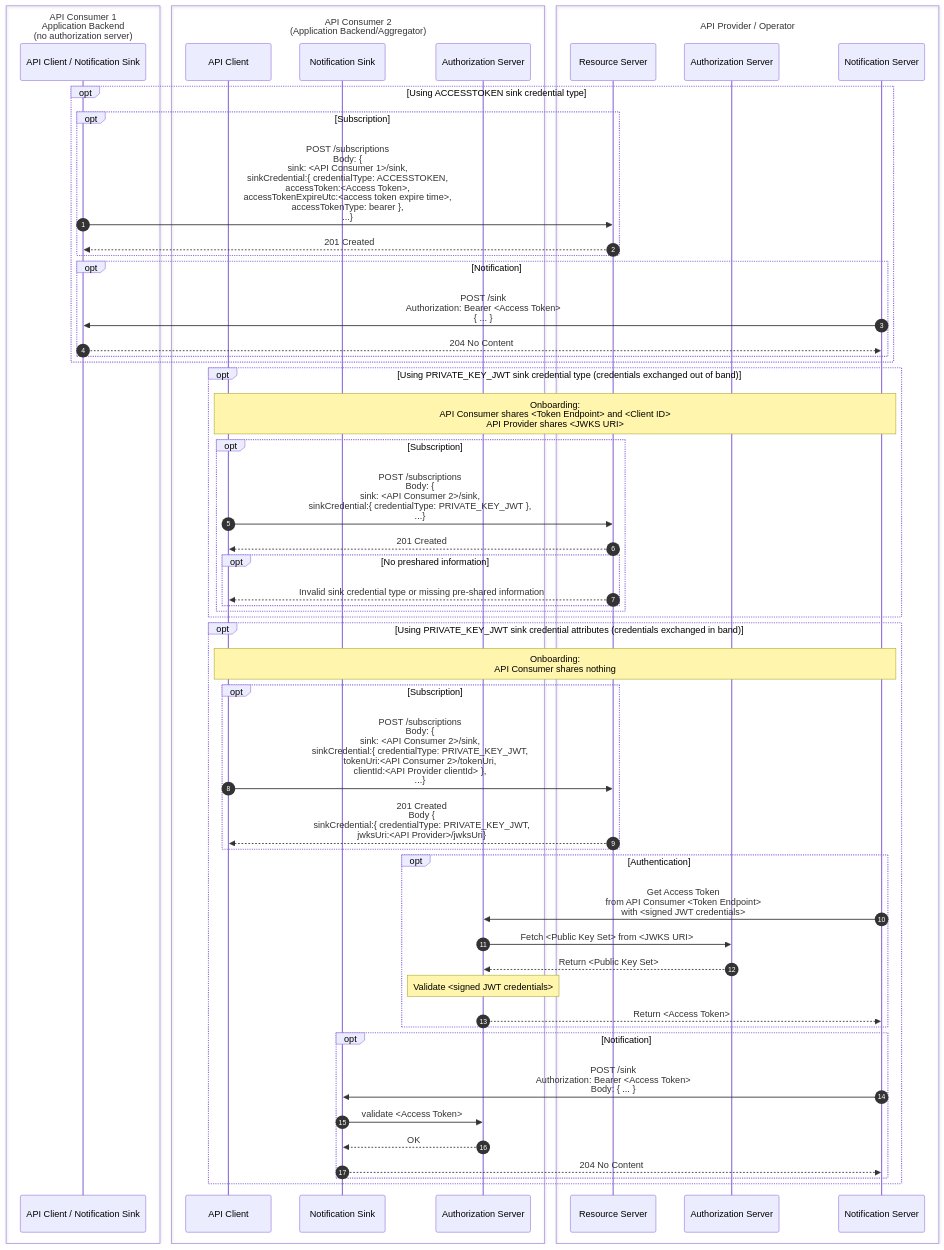
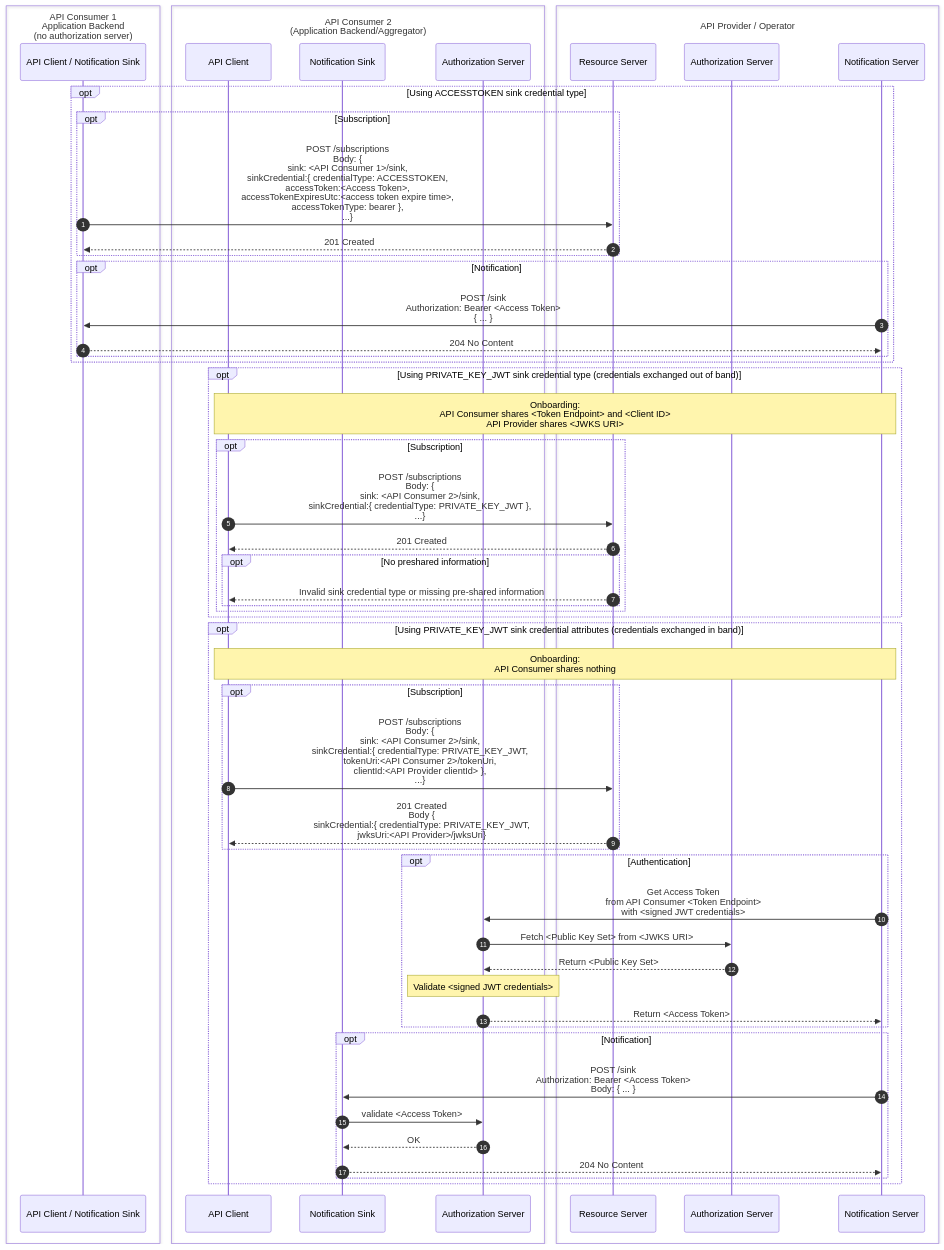
The diagram in documentation/CAMARA-API-Event-Subscription-and-Notification-Guide.md (PedroDiez/Commonalities), drawn with Mermaid before and after one commit. The commit also changed other lines of this file, not shown here.

````diff
--- a/documentation/CAMARA-API-Event-Subscription-and-Notification-Guide.md
+++ b/documentation/CAMARA-API-Event-Subscription-and-Notification-Guide.md
@@ -651,61 +651,61 @@
 ```mermaid
 sequenceDiagram
   autonumber
   box API Consumer 1<br>Application Backend<br>(no authorization server)
     participant appbe as API Client / Notification Sink
   end
   box API Consumer 2<br>(Application Backend/Aggregator)
     participant appclient as API Client 
     participant appres as Notification Sink 
     participant appauth as Authorization Server
   end
   box API Provider / Operator
     participant cspres as Resource Server
     participant cspauth as Authorization Server
     participant cspclient as Notification Server
   end
 
    
   opt Using ACCESSTOKEN sink credential type
     opt Subscription
-      appbe ->> cspres: POST /subscriptions<br>Body: {<br>sink: <API Consumer 1>/sink,<br>sinkCredential:{ credentialType: ACCESSTOKEN,<br>accessToken:<Access Token>,<br>accessTokenExpireUtc:<access token expire time>,<br>accessTokenType: bearer },<br>...}
+      appbe ->> cspres: POST /subscriptions<br>Body: {<br>sink: <API Consumer 1>/sink,<br>sinkCredential:{ credentialType: ACCESSTOKEN,<br>accessToken:<Access Token>,<br>accessTokenExpiresUtc:<access token expire time>,<br>accessTokenType: bearer },<br>...}
       cspres -->> appbe: 201 Created
     end
     opt Notification
       cspclient ->> appbe: POST /sink<br>Authorization: Bearer <Access Token><br>{ ... }
       appbe -->> cspclient: 204 No Content
     end
   end
 
   opt Using PRIVATE_KEY_JWT sink credential type (credentials exchanged out of band)
     note over appclient,cspclient: Onboarding: <br> API Consumer shares <Token Endpoint> and <Client ID><br>API Provider shares <JWKS URI>
     opt Subscription
       appclient ->> cspres: POST /subscriptions<br>Body: {<br>sink: <API Consumer 2>/sink,<br>sinkCredential:{ credentialType: PRIVATE_KEY_JWT },<br>...}
       cspres -->> appclient: 201 Created
       opt No preshared information
       cspres -->> appclient: Invalid sink credential type or missing pre-shared information 
       end
     end
   end
   opt Using PRIVATE_KEY_JWT sink credential attributes (credentials exchanged in band)
     note over appclient,cspclient: Onboarding: <br> API Consumer shares nothing
     opt Subscription
     appclient ->> cspres: POST /subscriptions<br>Body: {<br>sink: <API Consumer 2>/sink,<br>sinkCredential:{ credentialType: PRIVATE_KEY_JWT,<br> tokenUri:<API Consumer 2>/tokenUri,<br> clientId:<API Provider clientId> },<br>...}
     cspres -->> appclient: 201 Created<br>Body {<br>sinkCredential:{ credentialType: PRIVATE_KEY_JWT,<br> jwksUri:<API Provider>/jwksUri}
   end
     opt Authentication
       cspclient->>appauth: Get Access Token<br>from API Consumer <Token Endpoint><br>with <signed JWT credentials>
       appauth->>cspauth: Fetch <Public Key Set> from <JWKS URI>
       cspauth-->>appauth: Return <Public Key Set>
       note over appauth: Validate <signed JWT credentials>
       appauth-->>cspclient: Return <Access Token>
     end
 
     opt Notification
       cspclient ->> appres: POST /sink<br>Authorization: Bearer <Access Token><br>Body: { ... }
       appres->>appauth: validate <Access Token>
       appauth-->>appres: OK
       appres -->> cspclient: 204 No Content
     end
   end
 ```
````
